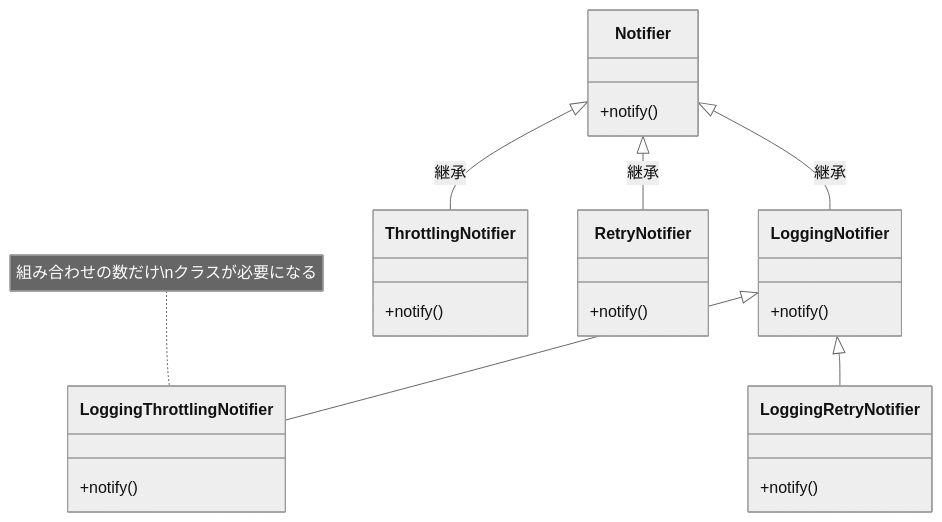
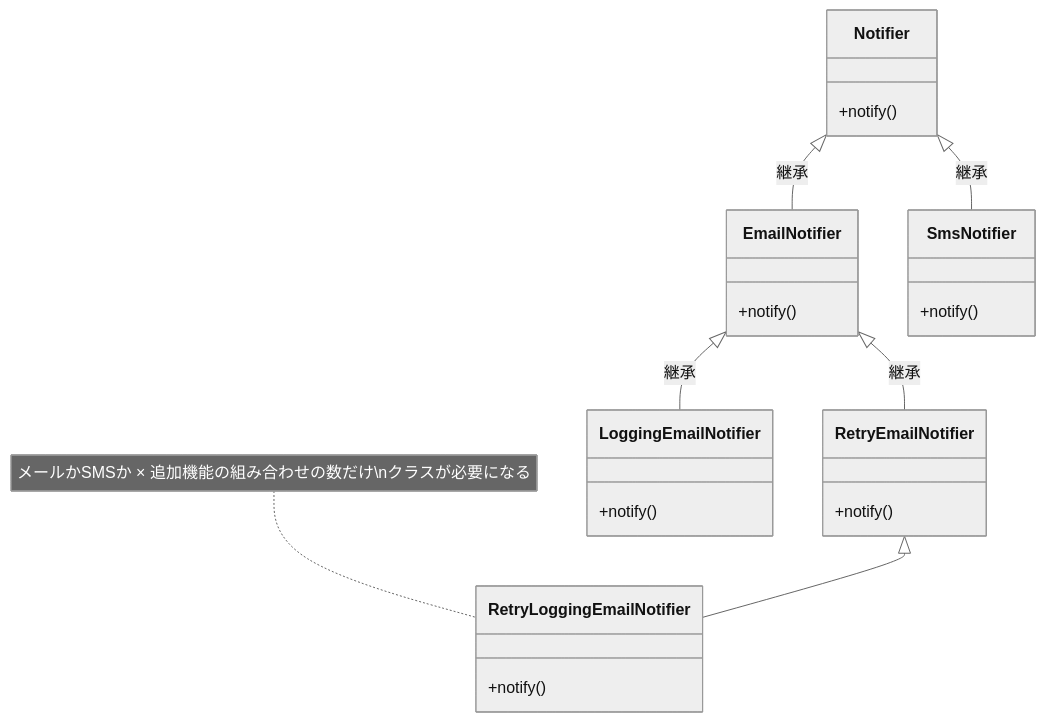
Before and after one commit to kumachan1101-pixel/DesignPattern: the fifth of 8 diagrams in kindle/design-patterns/output/chapter00.md, drawn with Mermaid (neutral theme). The commit also changed other lines of this file, not shown here.

Commit message:
Fix Task 16-18: Clarify combination explosion with clear Retry/Email example, make C++ interface note a callout, explicitly separate simple composition from decorator wrapping

````diff
--- a/kindle/design-patterns/output/chapter00.md
+++ b/kindle/design-patterns/output/chapter00.md
@@ -517,29 +512,29 @@
 ```mermaid
 classDiagram
     class Notifier {
         +notify()
     }
-    class LoggingNotifier {
+    class EmailNotifier {
         +notify()
     }
-    class ThrottlingNotifier {
+    class SmsNotifier {
         +notify()
     }
-    class RetryNotifier {
+    class RetryEmailNotifier {
         +notify()
     }
-    class LoggingThrottlingNotifier {
+    class LoggingEmailNotifier {
         +notify()
     }
-    class LoggingRetryNotifier {
+    class RetryLoggingEmailNotifier {
         +notify()
     }
 
-    Notifier <|-- LoggingNotifier : 継承
-    Notifier <|-- ThrottlingNotifier : 継承
-    Notifier <|-- RetryNotifier : 継承
-    LoggingNotifier <|-- LoggingThrottlingNotifier
-    LoggingNotifier <|-- LoggingRetryNotifier
-
-    note for LoggingThrottlingNotifier "組み合わせの数だけ\nクラスが必要になる"
+    Notifier <|-- EmailNotifier : 継承
+    Notifier <|-- SmsNotifier : 継承
+    EmailNotifier <|-- RetryEmailNotifier : 継承
+    EmailNotifier <|-- LoggingEmailNotifier : 継承
+    RetryEmailNotifier <|-- RetryLoggingEmailNotifier
+    
+    note for RetryLoggingEmailNotifier "メールかSMSか × 追加機能の組み合わせの数だけ\nクラスが必要になる"
 ```
````
